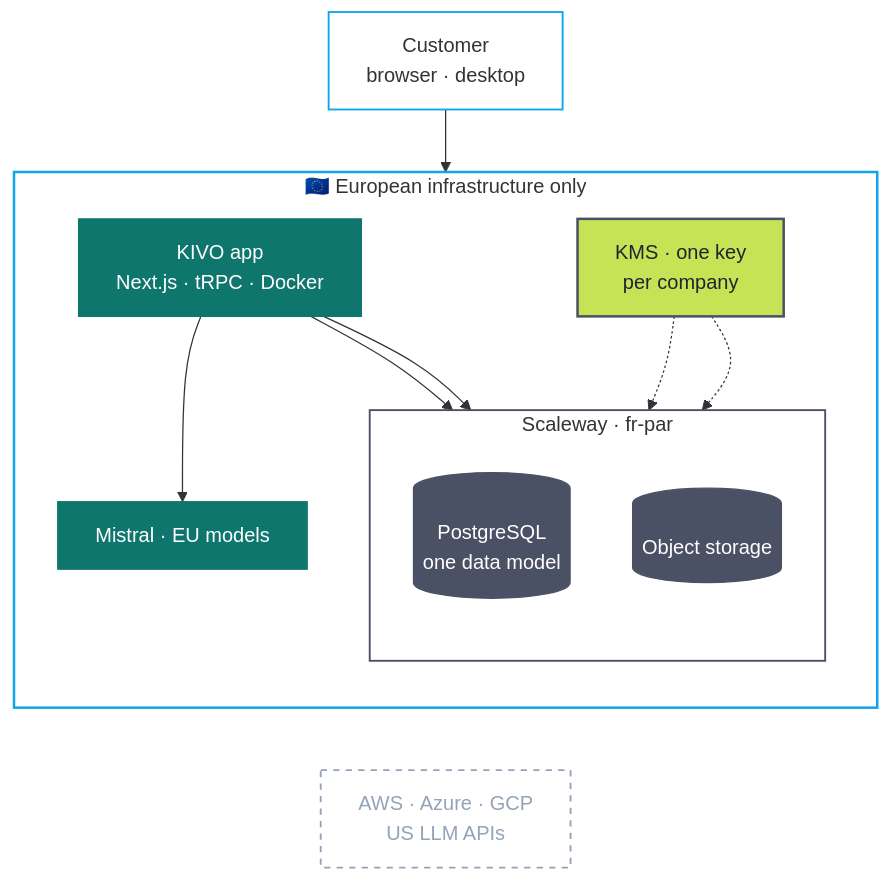
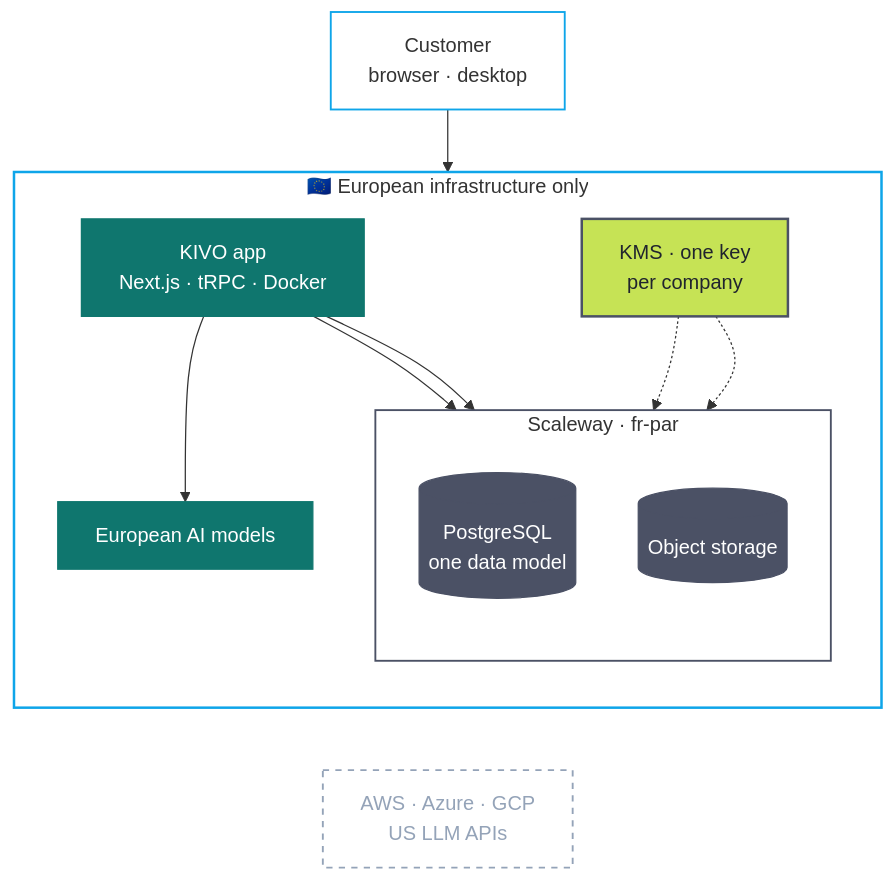
Before and after one commit to YannickAaron/YannickAaron: the second of 3 diagrams in README.md, drawn with Mermaid. The commit also changed other lines of this file and 1 other file, not shown here.

````diff
--- a/README.md
+++ b/README.md
@@ -65,37 +115,37 @@
 ```mermaid
 flowchart TB
   U["Customer<br/>browser · desktop"]
   subgraph EU["🇪🇺 European infrastructure only"]
     direction TB
     APP["KIVO app<br/>Next.js · tRPC · Docker"]
     subgraph SCW["Scaleway · fr-par"]
       direction TB
       DB[("PostgreSQL<br/>one data model")]
       OBJ[("Object storage")]
     end
     KMS["KMS · one key<br/>per company"]
-    LLM["Mistral · EU models"]
+    LLM["European AI models"]
   end
   US["AWS · Azure · GCP<br/>US LLM APIs"]
 
   U --> APP
   APP --> DB
   APP --> OBJ
   APP --> LLM
   KMS -.-> DB
   KMS -.-> OBJ
   EU ~~~ US
 
   classDef svc fill:#0F766E,stroke:#0F766E,color:#FFFFFF
   classDef store fill:#4B5165,stroke:#4B5165,color:#FFFFFF
   classDef key fill:#C6E355,stroke:#4B5165,stroke-width:2px,color:#20242E
   classDef client fill:none,stroke:#0EA5E9,stroke-width:1.5px
   classDef gone fill:none,stroke:#94A3B8,stroke-width:1.5px,stroke-dasharray:5 5,color:#94A3B8
   class APP,LLM svc
   class DB,OBJ store
   class KMS key
   class U client
   class US gone
   style EU fill:none,stroke:#0EA5E9,stroke-width:2px
   style SCW fill:none,stroke:#4B5165,stroke-width:1.5px
 ```
````
